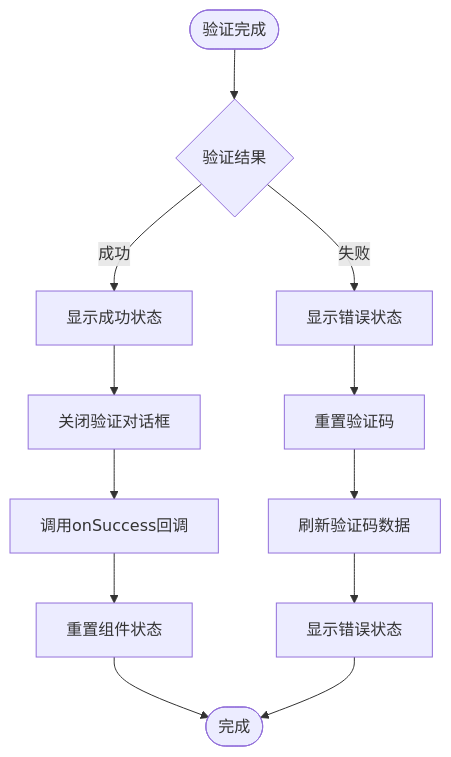
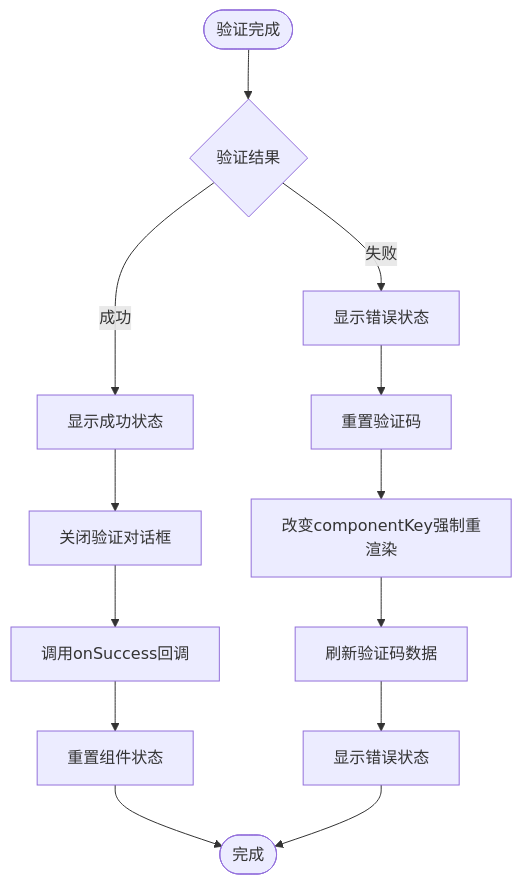
Before and after one commit to zuolinbao/redbook: the eighth of 14 diagrams in .qoder/repowiki/zh/content/UI组件库/滑动验证码组件.md, drawn with Mermaid. The commit also changed other lines of this file and 23 other files, not shown here.

````diff
--- a/.qoder/repowiki/zh/content/UI组件库/滑动验证码组件.md
+++ b/.qoder/repowiki/zh/content/UI组件库/滑动验证码组件.md
@@ -292,14 +298,15 @@
 ```mermaid
 flowchart TD
 Verify([验证完成]) --> CheckResult{"验证结果"}
 CheckResult --> |成功| ShowSuccess["显示成功状态"]
 CheckResult --> |失败| ShowError["显示错误状态"]
 ShowSuccess --> CloseDialog["关闭验证对话框"]
 CloseDialog --> CallCallback["调用onSuccess回调"]
 CallCallback --> ResetState["重置组件状态"]
 ShowError --> ResetVerify["重置验证码"]
-ResetVerify --> RefreshData["刷新验证码数据"]
+ResetVerify --> ForceRefresh["改变componentKey强制重渲染"]
+ForceRefresh --> RefreshData["刷新验证码数据"]
 RefreshData --> ShowErrorState["显示错误状态"]
 ResetState --> End([完成])
 ShowErrorState --> End
 ```
````
